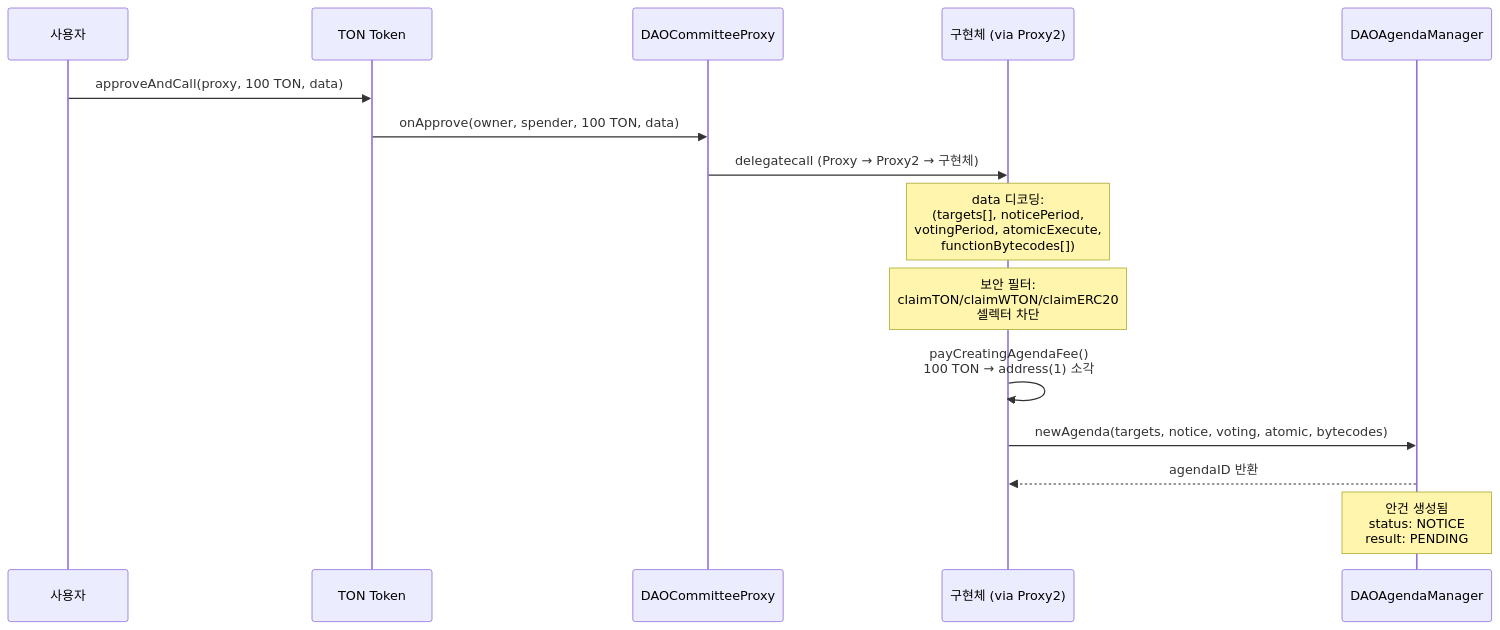
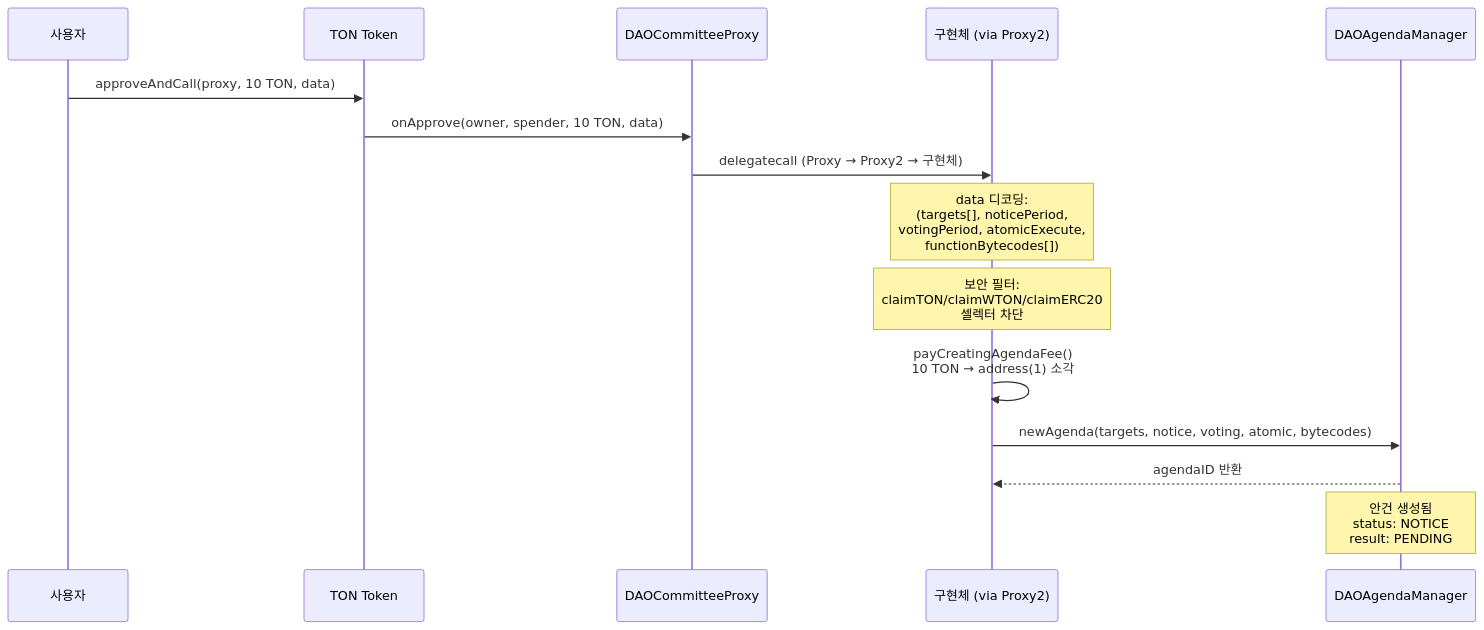
The ninth of 11 diagrams in docs/v1-architecture.md (tokamak-network/tokamak-dao-v2), drawn with Mermaid before and after one commit. The commit also changed other lines of this file, not shown here.

Commit message:
docs: fix agenda creation fee from 100 TON to 10 TON
On-chain createAgendaFees is 10 TON (10e18), not 100 TON as documented.
The fee was likely changed via governance agenda after initial deployment.

````diff
--- a/docs/v1-architecture.md
+++ b/docs/v1-architecture.md
@@ -297,22 +297,22 @@
 ```mermaid
 sequenceDiagram
     participant User as 사용자
     participant TON as TON Token
     participant DCP as DAOCommitteeProxy
     participant DC as 구현체 (via Proxy2)
     participant DAM as DAOAgendaManager
 
-    User->>TON: approveAndCall(proxy, 100 TON, data)
-    TON->>DCP: onApprove(owner, spender, 100 TON, data)
+    User->>TON: approveAndCall(proxy, 10 TON, data)
+    TON->>DCP: onApprove(owner, spender, 10 TON, data)
     DCP->>DC: delegatecall (Proxy → Proxy2 → 구현체)
 
     Note over DC: data 디코딩:<br/>(targets[], noticePeriod,<br/>votingPeriod, atomicExecute,<br/>functionBytecodes[])
 
     Note over DC: 보안 필터:<br/>claimTON/claimWTON/claimERC20<br/>셀렉터 차단
 
-    DC->>DC: payCreatingAgendaFee()<br/>100 TON → address(1) 소각
+    DC->>DC: payCreatingAgendaFee()<br/>10 TON → address(1) 소각
     DC->>DAM: newAgenda(targets, notice, voting, atomic, bytecodes)
     DAM-->>DC: agendaID 반환
 
     Note over DAM: 안건 생성됨<br/>status: NOTICE<br/>result: PENDING
 ```
````
